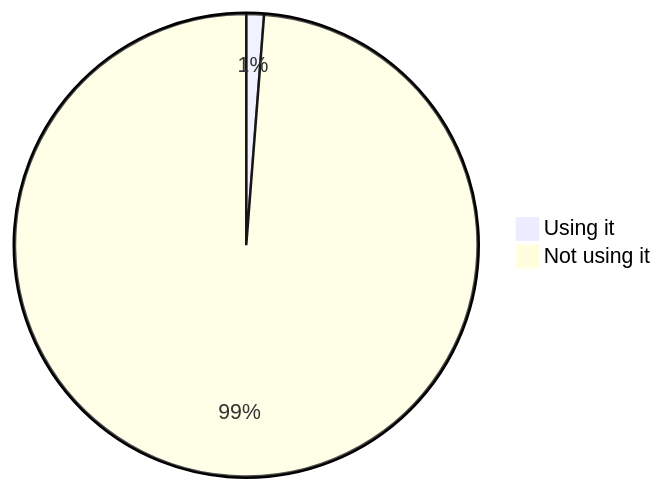
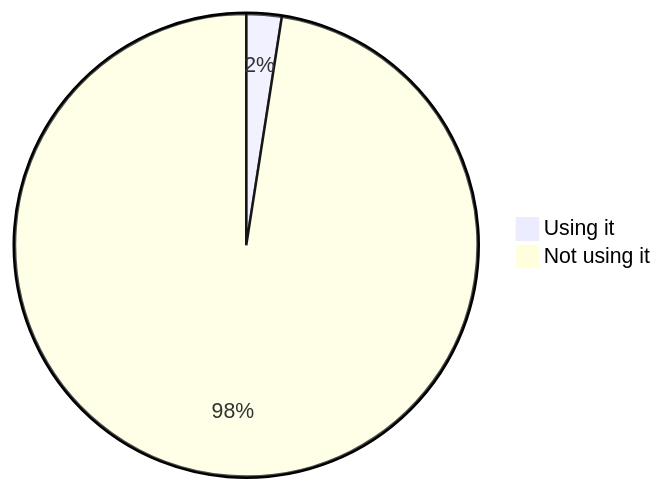
Before and after one commit to oshp/oshp-stats: the seventh of 22 diagrams in stats.md, drawn with Mermaid. The commit also changed other lines of this file, not shown here.

````diff
--- a/stats.md
+++ b/stats.md
@@ -94,6 +82,6 @@
 ```mermaid
 pie
-	"Using it" : 1.23
-	"Not using it" : 98.77
+	"Using it" : 2.46
+	"Not using it" : 97.54
 
 ```
````
